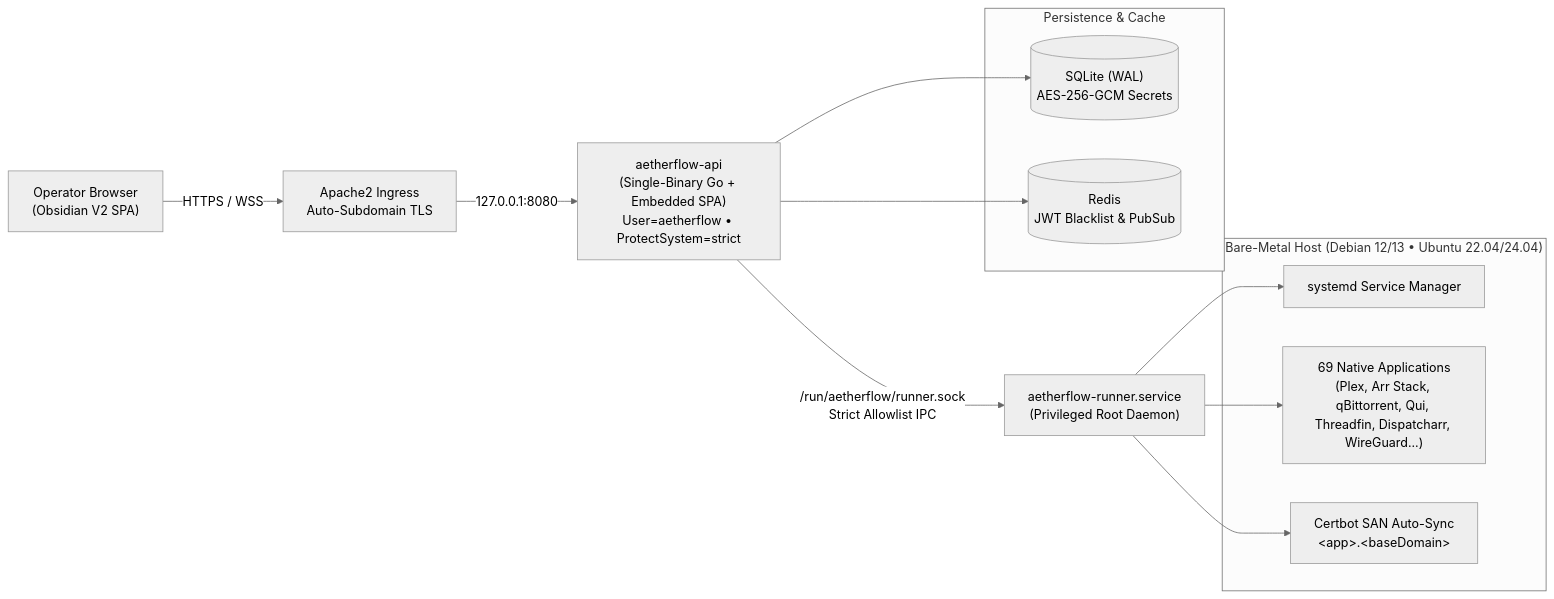
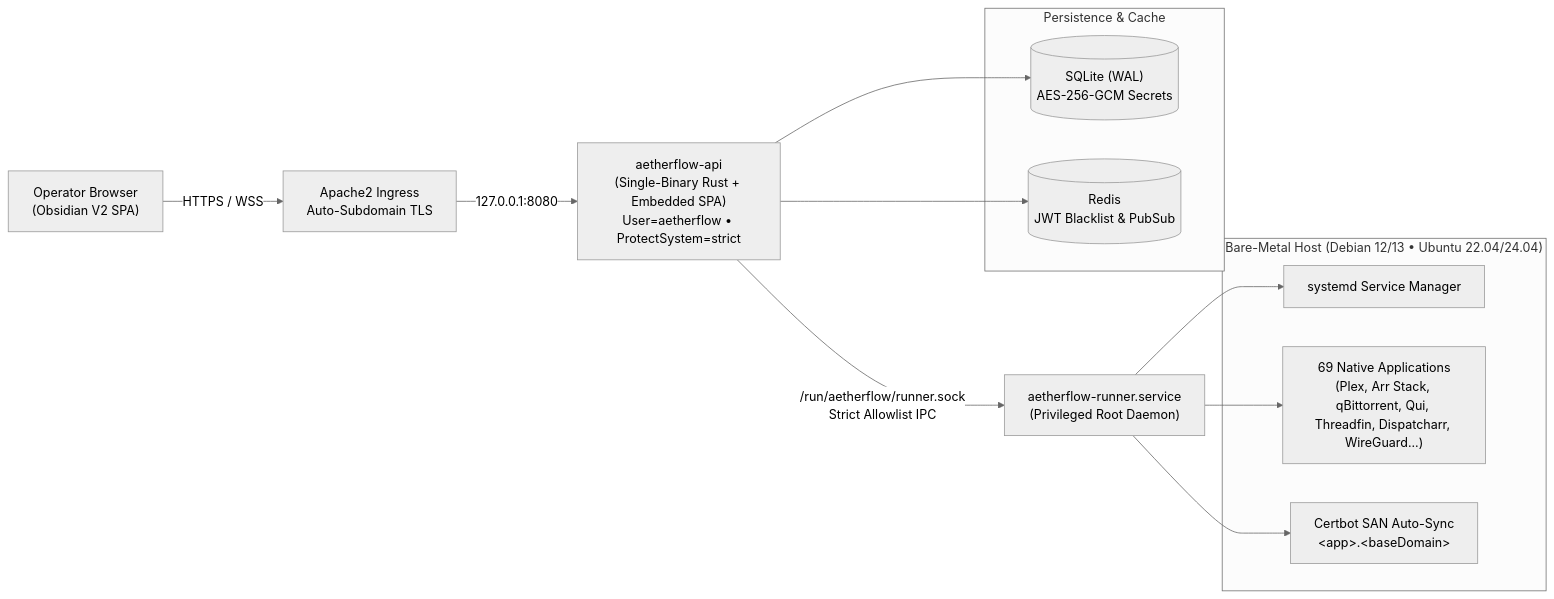
The diagram in README.md (McEveritts/AetherFlow), drawn with Mermaid (neutral theme) before and after one commit. The commit also changed other lines of this file and 2 other files, not shown here.

````diff
--- a/README.md
+++ b/README.md
@@ -53,25 +53,25 @@
 ```mermaid
 flowchart LR
     Operator["Operator Browser<br/>(Obsidian V2 SPA)"] -->|HTTPS / WSS| Ingress["Apache2 Ingress<br/>Auto-Subdomain TLS"]
-    Ingress -->|127.0.0.1:8080| API["aetherflow-api<br/>(Single-Binary Go + Embedded SPA)<br/>User=aetherflow • ProtectSystem=strict"]
+    Ingress -->|127.0.0.1:8080| API["aetherflow-api<br/>(Single-Binary Rust + Embedded SPA)<br/>User=aetherflow • ProtectSystem=strict"]
 
     subgraph State["Persistence & Cache"]
         SQLite[("SQLite (WAL)<br/>AES-256-GCM Secrets")]
         Redis[("Redis<br/>JWT Blacklist & PubSub")]
     end
 
     API --> SQLite
     API --> Redis
 
     API -->|"/run/aetherflow/runner.sock"<br/>Strict Allowlist IPC| Runner["aetherflow-runner.service<br/>(Privileged Root Daemon)"]
 
     subgraph BareMetal["Bare-Metal Host (Debian 12/13 • Ubuntu 22.04/24.04)"]
         Systemd["systemd Service Manager"]
         Catalog["69 Native Applications<br/>(Plex, Arr Stack, qBittorrent, Qui, Threadfin, Dispatcharr, WireGuard...)"]
         CertSync["Certbot SAN Auto-Sync<br/>&lt;app&gt;.&lt;baseDomain&gt;"]
     end
 
     Runner --> Systemd
     Runner --> Catalog
     Runner --> CertSync
 ```
````
